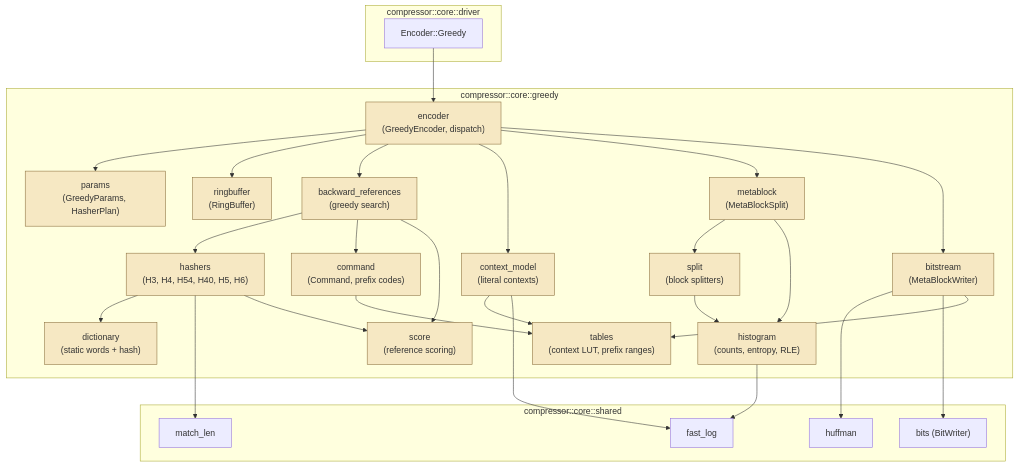
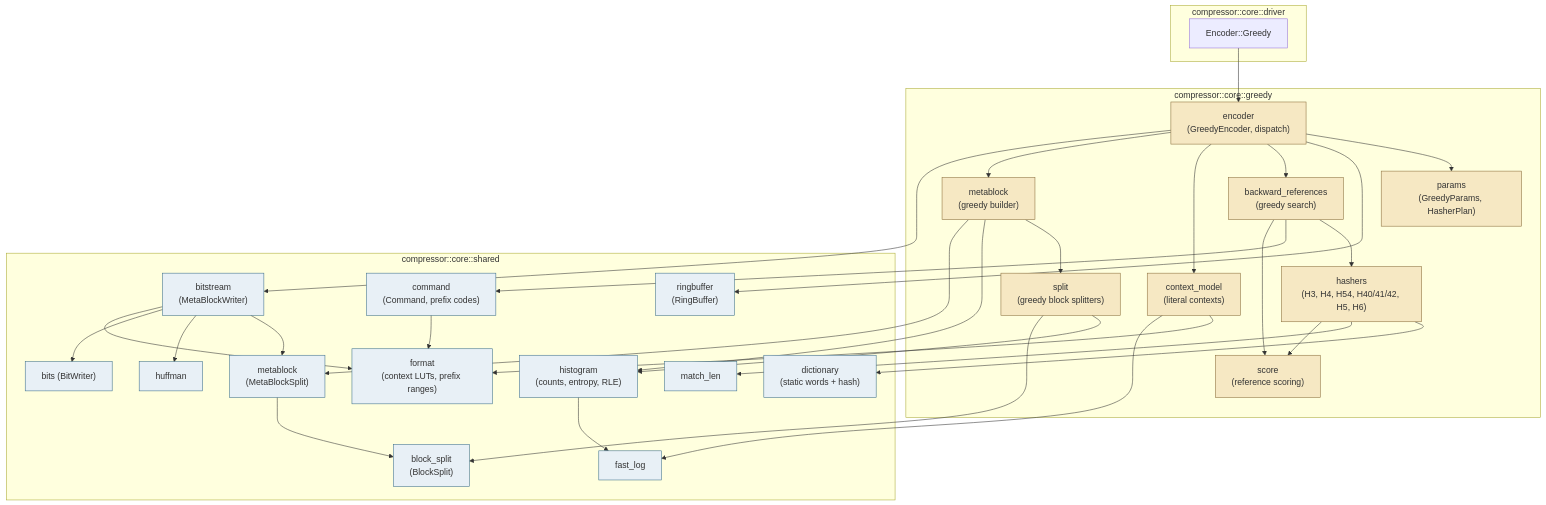
One commit to Mnwa/mbrotli changed the first of 9 diagrams in architecture/greedy-encoder.md. Above: the diagram before and after it, drawn with Mermaid. The commit also changed other lines of this file and 107 other files, not shown here.

````diff
--- a/architecture/greedy-encoder.md
+++ b/architecture/greedy-encoder.md
@@ -26,57 +27,65 @@
 ```mermaid
 graph TD
     subgraph public["compressor::core::driver"]
         drv["Encoder::Greedy"]
     end
 
     subgraph greedy["compressor::core::greedy"]
         enc["encoder<br/>(GreedyEncoder, dispatch)"]
         params["params<br/>(GreedyParams, HasherPlan)"]
-        rb["ringbuffer<br/>(RingBuffer)"]
-        hash["hashers<br/>(H3, H4, H54, H40, H5, H6)"]
-        dict["dictionary<br/>(static words + hash)"]
+        hash["hashers<br/>(H3, H4, H54, H40/41/42, H5, H6)"]
         refs["backward_references<br/>(greedy search)"]
-        cmd["command<br/>(Command, prefix codes)"]
         score["score<br/>(reference scoring)"]
         ctx["context_model<br/>(literal contexts)"]
-        mb["metablock<br/>(MetaBlockSplit)"]
-        split["split<br/>(block splitters)"]
-        histo["histogram<br/>(counts, entropy, RLE)"]
-        bs["bitstream<br/>(MetaBlockWriter)"]
-        tables["tables<br/>(context LUT, prefix ranges)"]
+        mb["metablock<br/>(greedy builder)"]
+        split["split<br/>(greedy block splitters)"]
     end
 
     subgraph shared["compressor::core::shared"]
+        rb["ringbuffer<br/>(RingBuffer)"]
+        dict["dictionary<br/>(static words + hash)"]
+        cmd["command<br/>(Command, prefix codes)"]
+        histo["histogram<br/>(counts, entropy, RLE)"]
+        mbs["metablock<br/>(MetaBlockSplit)"]
+        bsplit["block_split<br/>(BlockSplit)"]
+        bs["bitstream<br/>(MetaBlockWriter)"]
+        tables["format<br/>(context LUTs, prefix ranges)"]
         bits["bits (BitWriter)"]
         huff["huffman"]
         ml["match_len"]
         log["fast_log"]
     end
 
     drv --> enc
     enc --> params
     enc --> rb
     enc --> refs
     enc --> ctx
     enc --> mb
     enc --> bs
     refs --> hash
     refs --> cmd
     refs --> score
     hash --> dict
     hash --> ml
     hash --> score
     mb --> split
     mb --> histo
+    mb --> mbs
     split --> histo
+    split --> bsplit
+    mbs --> bsplit
+    bs --> mbs
     bs --> huff
     bs --> bits
     bs --> tables
     ctx --> tables
     ctx --> log
     histo --> log
     cmd --> tables
 
-    classDef privateNode fill:#f6e8c3,stroke:#8a6d3b;
-    class enc,params,rb,hash,dict,refs,cmd,score,ctx,mb,split,histo,bs,tables privateNode;
+    classDef greedyNode fill:#f6e8c3,stroke:#8a6d3b;
+    class enc,params,hash,refs,score,ctx,mb,split greedyNode;
+    classDef sharedNode fill:#e8f0f6,stroke:#3a6d8a;
+    class rb,dict,cmd,histo,mbs,bsplit,bs,tables,bits,huff,ml,log sharedNode;
 ```
````
